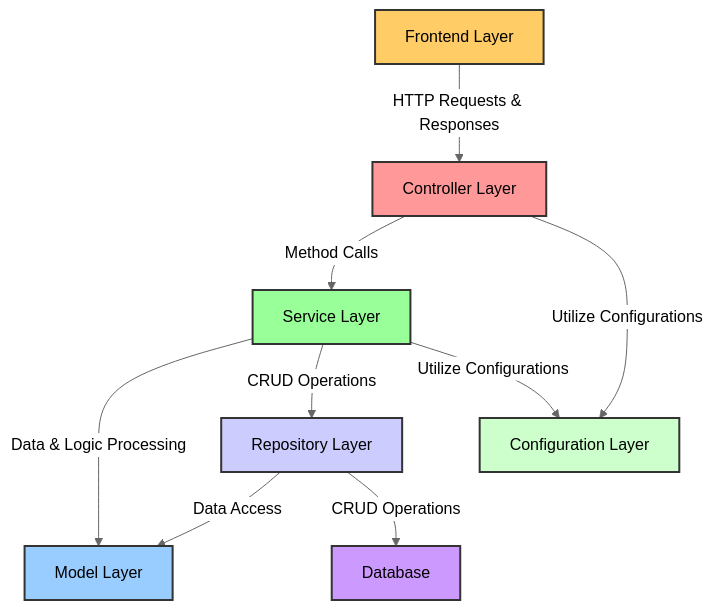
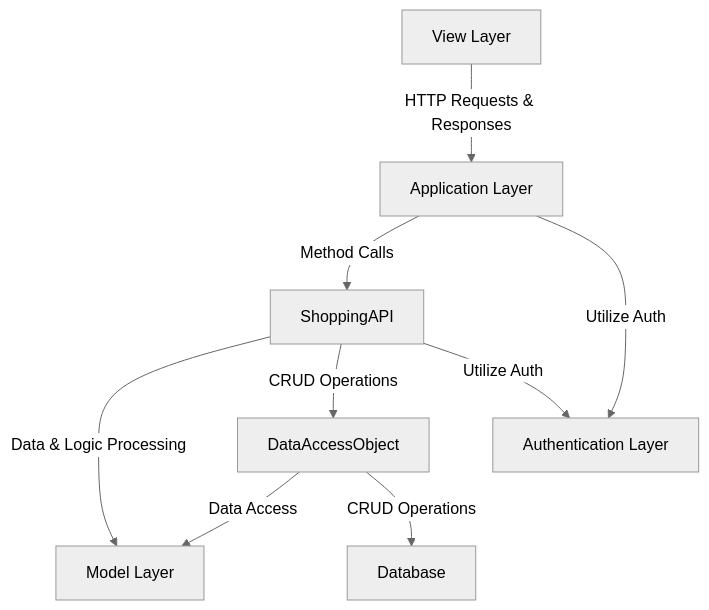
The diagram in README.md (Saechaoc/oreilly-clone), drawn with Mermaid (neutral theme) before and after one commit. The commit also changed other lines of this file, not shown here.

````diff
--- a/README.md
+++ b/README.md
@@ -18,29 +18,20 @@
 ```mermaid
 graph TB
 
-    frontend[Frontend Layer]
-    controller[Controller Layer]
-    service[Service Layer]
-    repository[Repository Layer]
+    ViewLayer[View Layer]
+    ApplicationLayer[Application Layer]
+    ShoppingAPI[ShoppingAPI]
+    DataAccessObject[DataAccessObject]
     model[Model Layer]
     database[Database]
-    config[Configuration Layer]
+    Auth[Authentication Layer]
 
-    frontend -->|HTTP Requests & Responses| controller
-    controller -->|Method Calls| service
-    service -->|Data & Logic Processing| model
-    service -->|CRUD Operations| repository
-    repository -->|Data Access| model
-    repository -->|CRUD Operations| database
-    controller -->|Utilize Configurations| config
-    service -->|Utilize Configurations| config
-
-    style frontend fill:#ffcc66,stroke:#333,stroke-width:2px
-    style controller fill:#ff9999,stroke:#333,stroke-width:2px
-    style service fill:#99ff99,stroke:#333,stroke-width:2px
-    style repository fill:#ccccff,stroke:#333,stroke-width:2px
-    style model fill:#99ccff,stroke:#333,stroke-width:2px
-    style database fill:#cc99ff,stroke:#333,stroke-width:2px
-    style config fill:#ccffcc,stroke:#333,stroke-width:2px
-
+    ViewLayer -->|HTTP Requests & Responses| ApplicationLayer
+    ApplicationLayer -->|Method Calls| ShoppingAPI
+    ShoppingAPI -->|Data & Logic Processing| model
+    ShoppingAPI -->|CRUD Operations| DataAccessObject
+    DataAccessObject -->|Data Access| model
+    DataAccessObject -->|CRUD Operations| database
+    ApplicationLayer -->|Utilize Auth| Auth
+    ShoppingAPI -->|Utilize Auth| Auth
 ```
````
